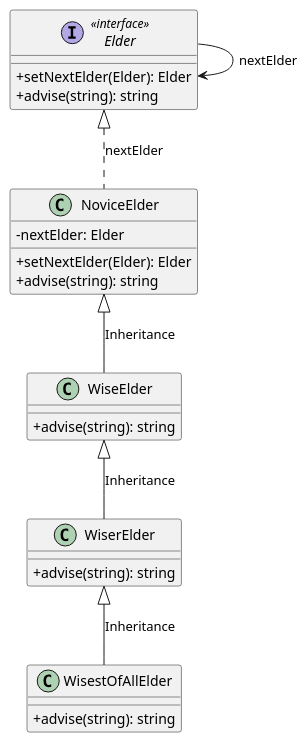
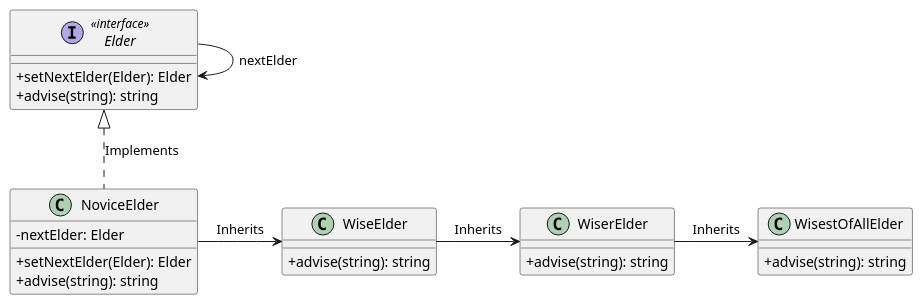
Before and after one commit to growthcodeoficial/ADC-design-patterns-php: the diagram in diagrams/DesignPatterns/Behavioral/Examples/ChainOfResponsibility.pu, drawn with PlantUML. The commit also changed 1 other file, not shown here.

```diff
--- a/diagrams/DesignPatterns/Behavioral/Examples/ChainOfResponsibility.pu
+++ b/diagrams/DesignPatterns/Behavioral/Examples/ChainOfResponsibility.pu
@@ -1,36 +1,36 @@
 @startuml ChainOfResponsibilityWithClient
     skinparam classAttributeIconSize 0
 
     ' Interface
     interface Elder <<interface>> {
         + setNextElder(Elder): Elder
         + advise(string): string
     }
 
     ' Classes
     class NoviceElder {
         - nextElder: Elder
         + setNextElder(Elder): Elder
         + advise(string): string
     }
 
     class WiseElder {
         + advise(string): string
     }
 
     class WiserElder {
         + advise(string): string
     }
 
     class WisestOfAllElder {
         + advise(string): string
     }
 
     ' Relações
-    NoviceElder .up.|> Elder: nextElder
-    WiseElder -up-|> NoviceElder: Inheritance
-    WiserElder -up-|> WiseElder: Inheritance
-    WisestOfAllElder -up-|> WiserElder: Inheritance
+    Elder <|.. NoviceElder : Implements
+    NoviceElder -right-> WiseElder : Inherits
+    WiseElder -right-> WiserElder : Inherits
+    WiserElder -right-> WisestOfAllElder : Inherits
 
-    Elder --> Elder: nextElder
+    Elder -right-> Elder: nextElder
 @enduml
```
